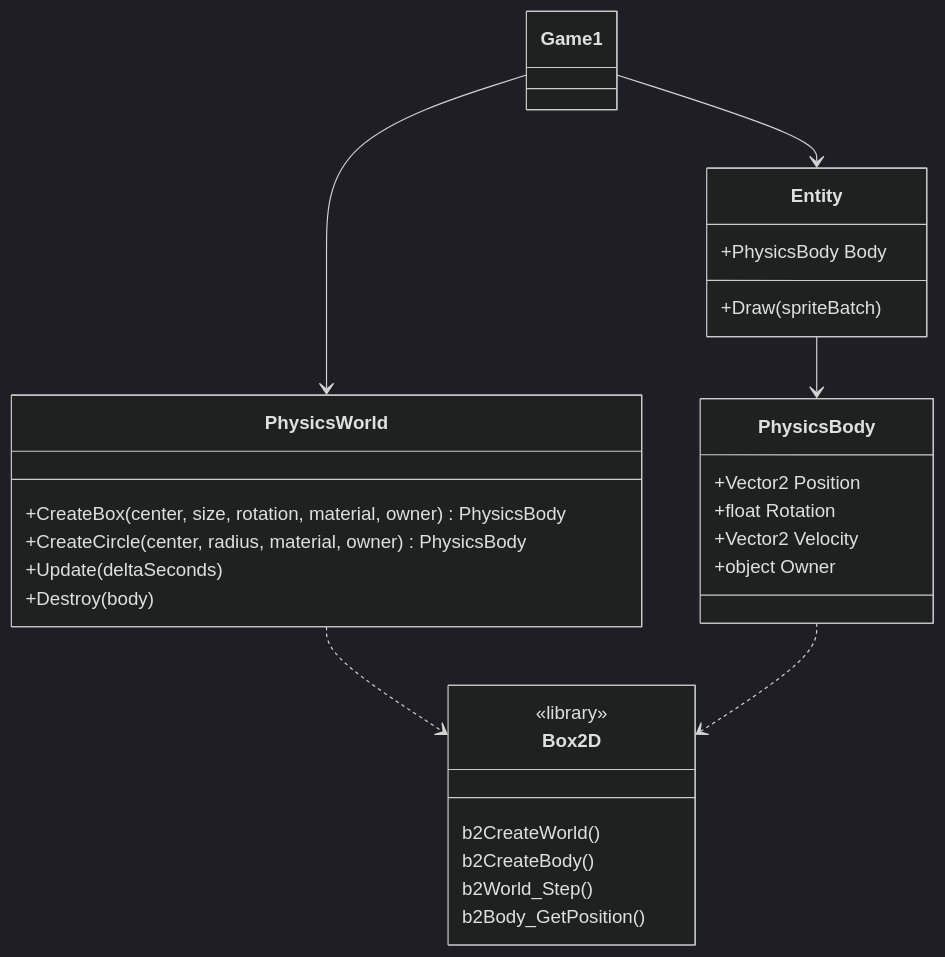
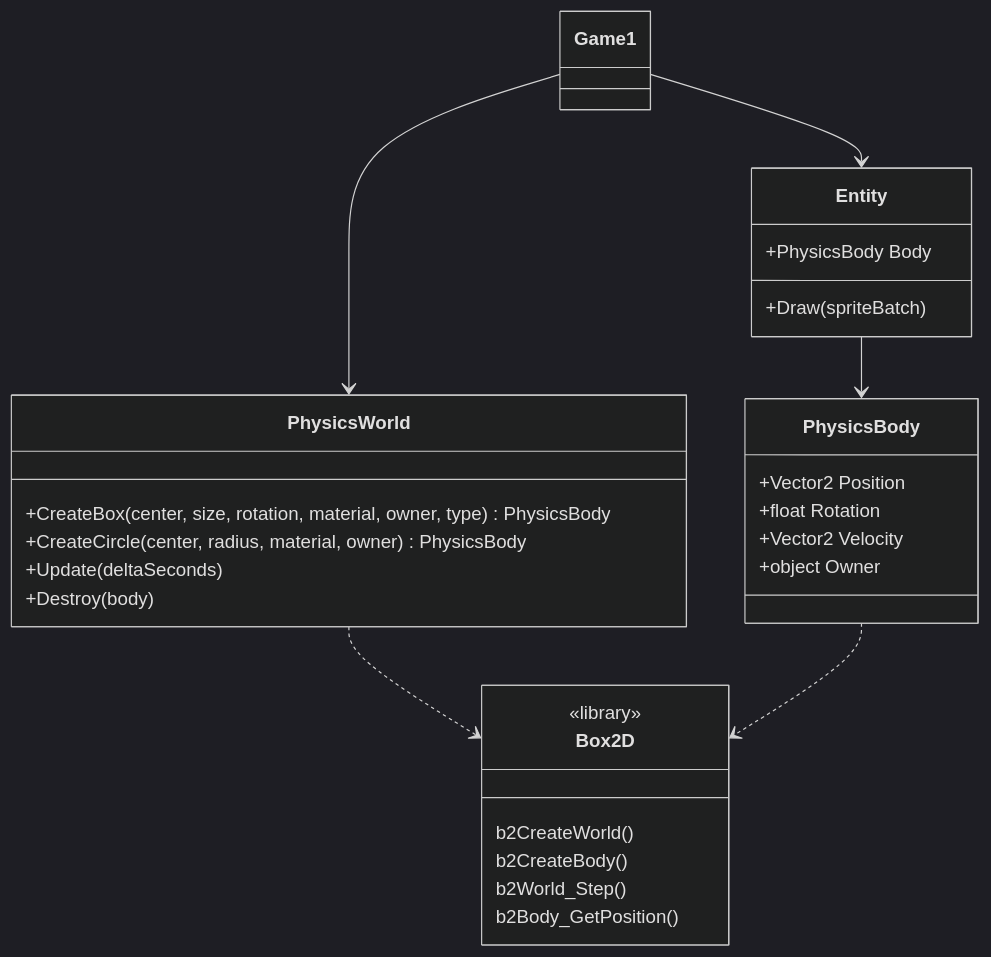
Before and after one commit to Metamate/gar: the first of 2 diagrams in src/content/docs/sessions/07-angry-birds.md, drawn with Mermaid (dark theme). The commit also changed other lines of this file and 2 other files, not shown here.

First line of the commit message:
Session 07: the physics samples, body types on the site, and a task on the samples

````diff
--- a/src/content/docs/sessions/07-angry-birds.md
+++ b/src/content/docs/sessions/07-angry-birds.md
@@ -110,32 +130,32 @@
 ```mermaid
 classDiagram
     class Game1
     class Entity {
         +PhysicsBody Body
         +Draw(spriteBatch)
     }
     class PhysicsWorld {
-        +CreateBox(center, size, rotation, material, owner) PhysicsBody
+        +CreateBox(center, size, rotation, material, owner, type) PhysicsBody
         +CreateCircle(center, radius, material, owner) PhysicsBody
         +Update(deltaSeconds)
         +Destroy(body)
     }
     class PhysicsBody {
         +Vector2 Position
         +float Rotation
         +Vector2 Velocity
         +object Owner
     }
     class Box2D {
         <<library>>
         b2CreateWorld()
         b2CreateBody()
         b2World_Step()
         b2Body_GetPosition()
     }
     Game1 --> PhysicsWorld
     Game1 --> Entity
     Entity --> PhysicsBody
     PhysicsWorld ..> Box2D
     PhysicsBody ..> Box2D
 ```
````
